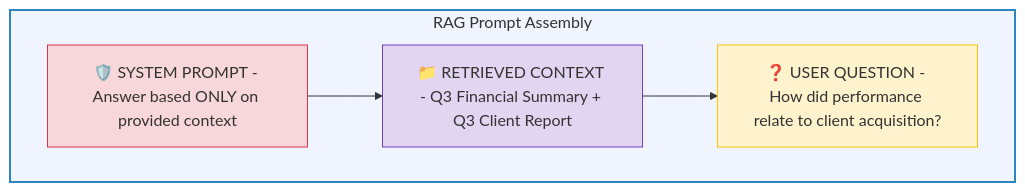
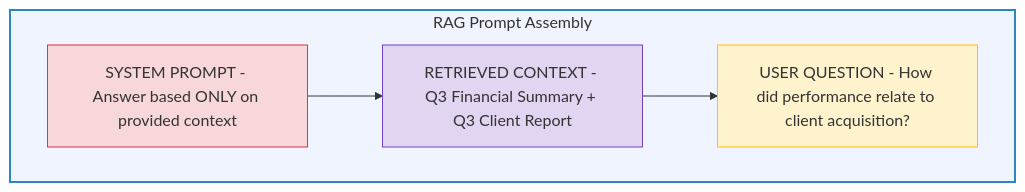
Before and after one commit to ithinktavo/GenAI-Engineering-Handbook: the eighth of 10 diagrams in docs/04-rag-deep-dive.md, drawn with Mermaid. The commit also changed other lines of this file and 10 other files, not shown here.

Commit message:
Diagram updates

````diff
--- a/docs/04-rag-deep-dive.md
+++ b/docs/04-rag-deep-dive.md
@@ -370,15 +370,15 @@
 ```mermaid
 graph TD
     subgraph PROMPT["RAG Prompt Assembly"]
-        S["🛡️ SYSTEM PROMPT - Answer based ONLY on provided context"]
-        C["📁 RETRIEVED CONTEXT - Q3 Financial Summary + Q3 Client Report"]
-        U["❓ USER QUESTION - How did performance relate to client acquisition?"]
+        S["SYSTEM PROMPT - Answer based ONLY on provided context"]
+        C["RETRIEVED CONTEXT - Q3 Financial Summary + Q3 Client Report"]
+        U["USER QUESTION - How did performance relate to client acquisition?"]
 
         S --> C --> U
     end
 
     style PROMPT fill:#f0f4ff,stroke:#2E86C1,stroke-width:2px
     style S fill:#f8d7da,stroke:#dc3545
     style C fill:#e2d5f1,stroke:#6f42c1
     style U fill:#fff3cd,stroke:#ffc107
 ```
````
